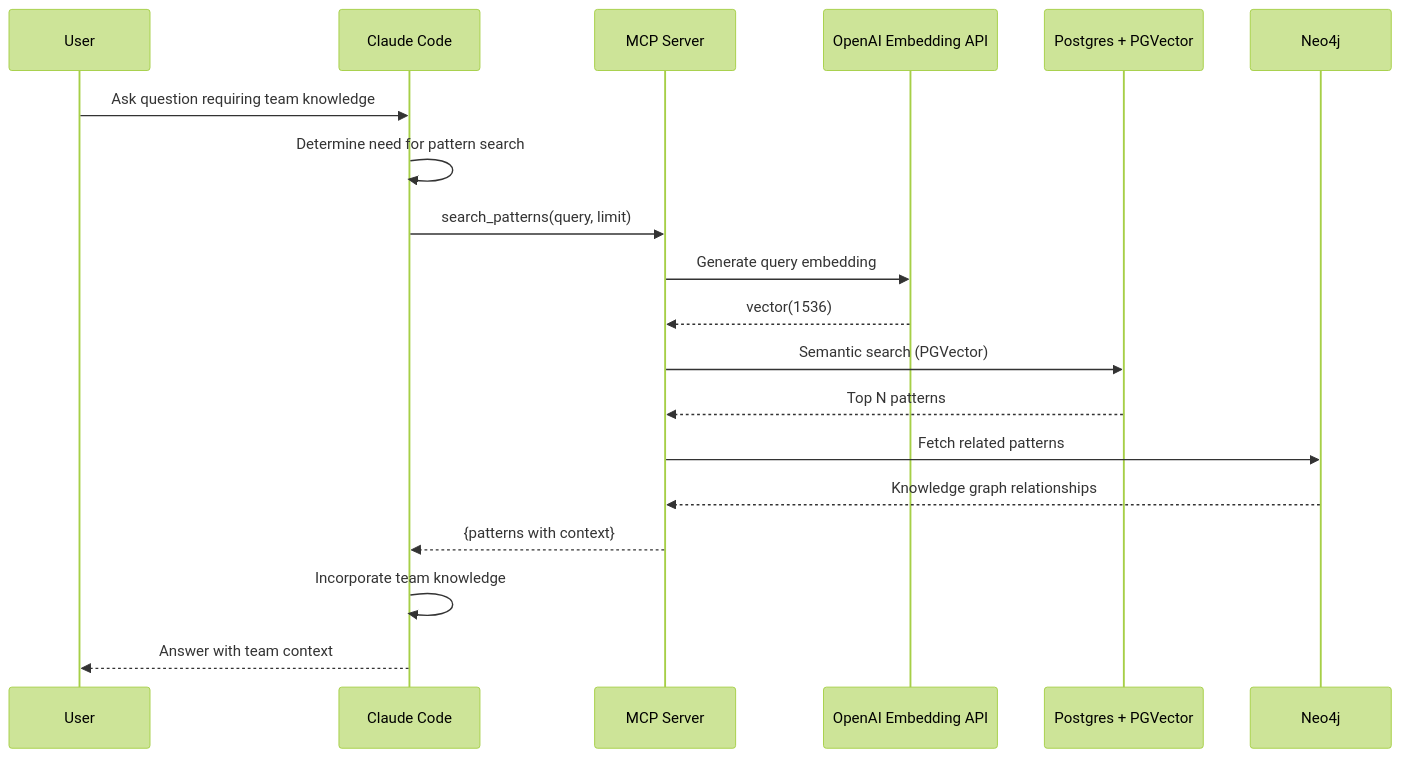
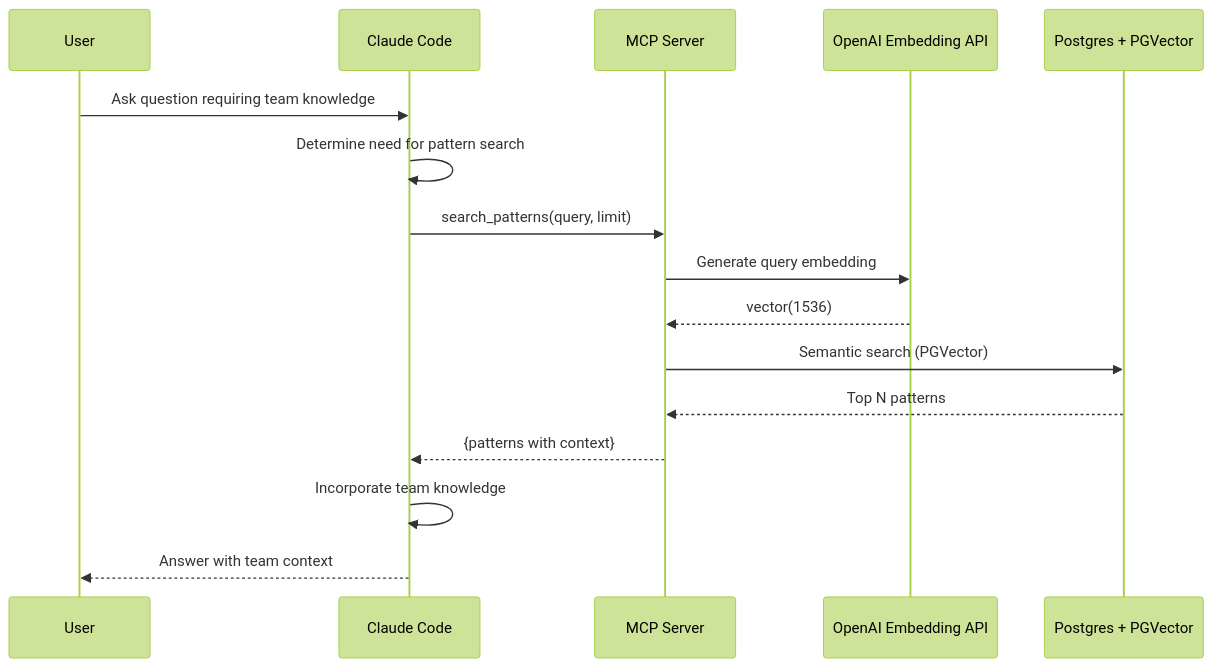
One commit to twistingmercury/mnemonic-mcp changed the second of 5 diagrams in docs/architecture/03-communication-patterns.md. Above: the diagram before and after it, drawn with Mermaid (forest theme). The commit also changed 4 other files, not shown here.

````diff
--- a/docs/architecture/03-communication-patterns.md
+++ b/docs/architecture/03-communication-patterns.md
@@ -55,27 +55,23 @@
 ```mermaid
 sequenceDiagram
     participant User
     participant CC as Claude Code
     participant MCP as MCP Server
     participant OPENAI as OpenAI Embedding API
     participant PG as Postgres + PGVector
-    participant NEO as Neo4j
 
     User->>CC: Ask question requiring team knowledge
     CC->>CC: Determine need for pattern search
 
     CC->>MCP: search_patterns(query, limit)
 
     MCP->>OPENAI: Generate query embedding
     OPENAI-->>MCP: vector(1536)
     MCP->>PG: Semantic search (PGVector)
     PG-->>MCP: Top N patterns
 
-    MCP->>NEO: Fetch related patterns
-    NEO-->>MCP: Knowledge graph relationships
-
     MCP-->>CC: {patterns with context}
 
     CC->>CC: Incorporate team knowledge
     CC-->>User: Answer with team context
 ```
````
